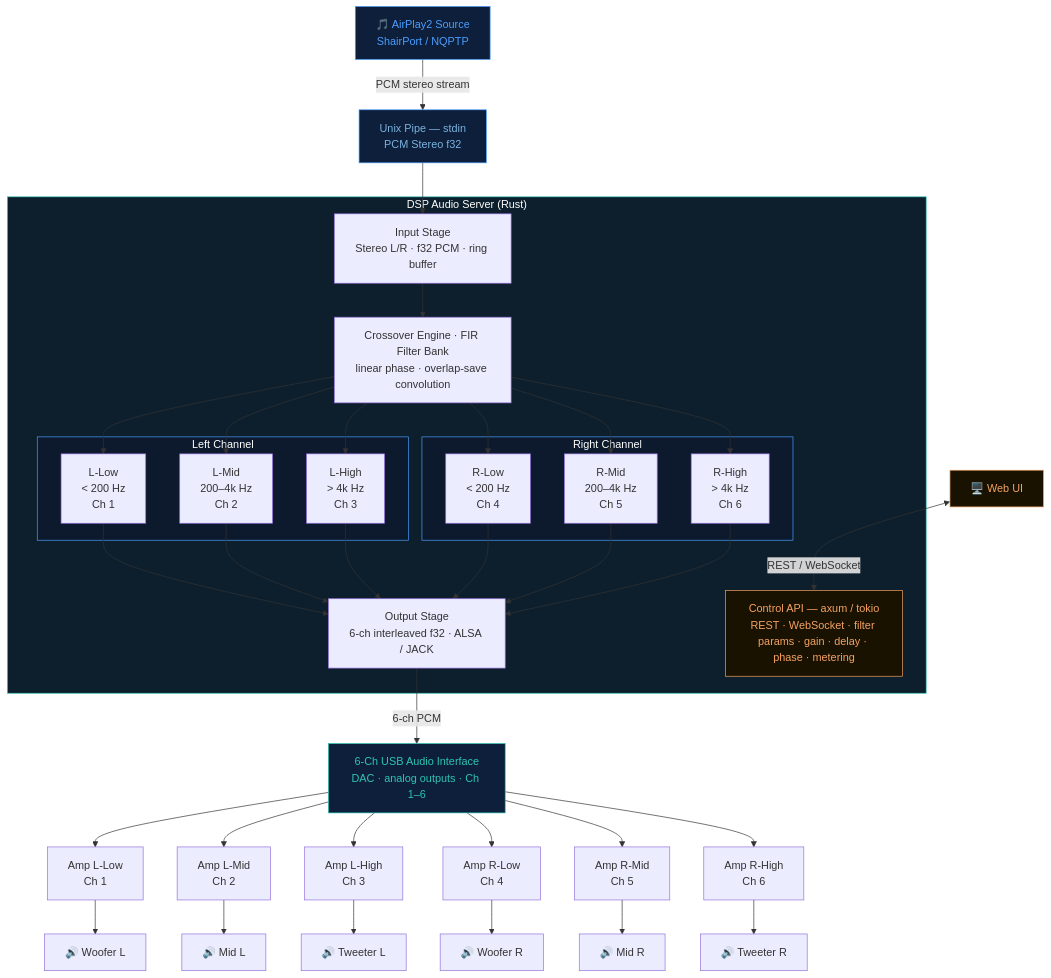
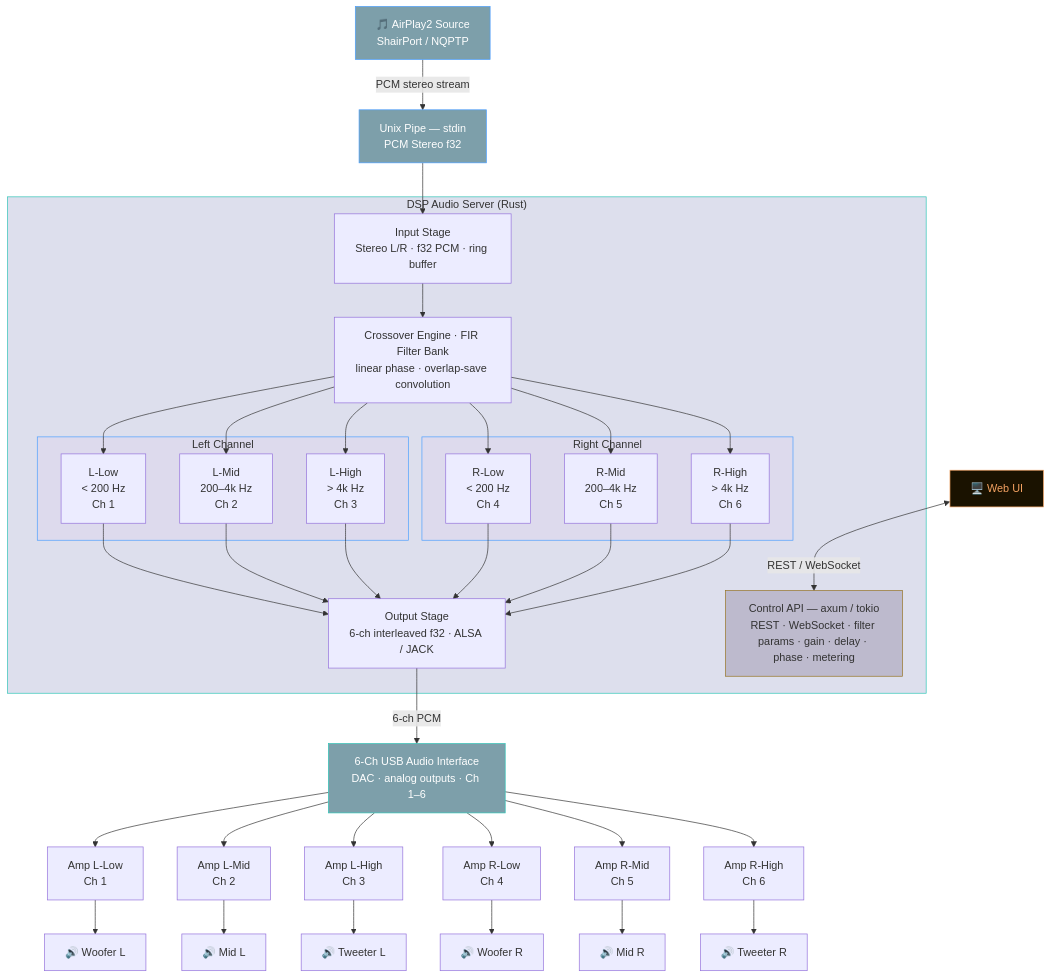
The diagram in README.md (DirectX/digital-crossover-dsp), drawn with Mermaid before and after one commit.

Commit message:
Styles fix

````diff
--- a/README.md
+++ b/README.md
@@ -5,63 +5,63 @@
 ```mermaid
 flowchart TD
     AP["🎵 AirPlay2 Source\nShairPort / NQPTP"]
     PIPE["Unix Pipe — stdin\nPCM Stereo f32"]
 
     AP -->|"PCM stereo stream"| PIPE
 
     subgraph DSP["DSP Audio Server (Rust)"]
         IN["Input Stage\nStereo L/R · f32 PCM · ring buffer"]
         FIR["Crossover Engine · FIR Filter Bank\nlinear phase · overlap-save convolution"]
 
         IN --> FIR
 
         FIR --> LL["L-Low\n< 200 Hz\nCh 1"]
         FIR --> LM["L-Mid\n200–4k Hz\nCh 2"]
         FIR --> LH["L-High\n> 4k Hz\nCh 3"]
         FIR --> RL["R-Low\n< 200 Hz\nCh 4"]
         FIR --> RM["R-Mid\n200–4k Hz\nCh 5"]
         FIR --> RH["R-High\n> 4k Hz\nCh 6"]
 
         subgraph LCH["Left Channel"]
             LL
             LM
             LH
         end
 
         subgraph RCH["Right Channel"]
             RL
             RM
             RH
         end
 
         OUT["Output Stage\n6-ch interleaved f32 · ALSA / JACK"]
         API["Control API — axum / tokio\nREST · WebSocket · filter params · gain · delay · phase · metering"]
 
         LL & LM & LH & RL & RM & RH --> OUT
     end
 
     PIPE --> IN
 
     OUT -->|"6-ch PCM"| DAC["6-Ch USB Audio Interface\nDAC · analog outputs · Ch 1–6"]
 
     DAC --> A1["Amp L-Low\nCh 1"] & A2["Amp L-Mid\nCh 2"] & A3["Amp L-High\nCh 3"]
     DAC --> A4["Amp R-Low\nCh 4"] & A5["Amp R-Mid\nCh 5"] & A6["Amp R-High\nCh 6"]
 
     A1 --> D1["🔊 Woofer L"]
     A2 --> D2["🔊 Mid L"]
     A3 --> D3["🔊 Tweeter L"]
     A4 --> D4["🔊 Woofer R"]
     A5 --> D5["🔊 Mid R"]
     A6 --> D6["🔊 Tweeter R"]
 
     WEBUI["🖥️ Web UI"] <-->|"REST / WebSocket"| API
 
-    style DSP fill:#0d1f2d,stroke:#2ec4b6,color:#fff
-    style LCH fill:#0d1a2d,stroke:#4a9eff,color:#fff
-    style RCH fill:#0d1a2d,stroke:#4a9eff,color:#fff
-    style API fill:#1a1200,stroke:#f4a261,color:#f4a261
+    style DSP fill:#dddfed,stroke:#2ec4b6,color:#333
+    style LCH fill:#dddaed,stroke:#4a9eff,color:#333
+    style RCH fill:#dddaed,stroke:#4a9eff,color:#333
+    style API fill:#bdbacd,stroke:#947221,color:#333
     style WEBUI fill:#1a1200,stroke:#f4a261,color:#f4a261
-    style AP fill:#0d1f3a,stroke:#4a9eff,color:#4a9eff
-    style PIPE fill:#0d1f3a,stroke:#4a9eff,color:#7ab3e0
-    style DAC fill:#0d1f3a,stroke:#2ec4b6,color:#2ec4b6
+    style AP fill:#7d9faa,stroke:#4a9eff,color:#fff
+    style PIPE fill:#7d9faa,stroke:#4a9eff,color:#fff
+    style DAC fill:#7d9faa,stroke:#2ec4b6,color:#fff
 ```
````
